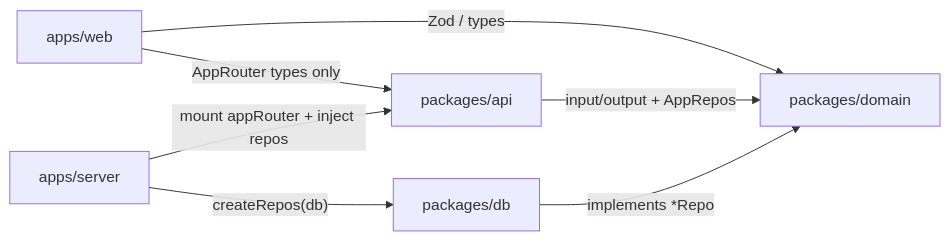
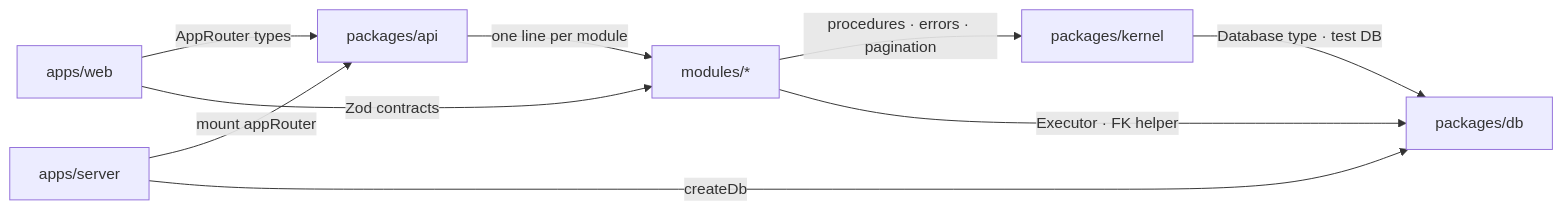
One commit to chengzi-io/ts-fullstack-template changed the diagram in AGENTS.md. Above: the diagram before and after it, drawn with Mermaid. The commit also changed other lines of this file and 63 other files, not shown here.

First line of the commit message:
refactor: move each capability into modules/<domain>

````diff
--- a/AGENTS.md
+++ b/AGENTS.md
@@ -26,15 +35,18 @@
 ```mermaid
 flowchart LR
   web["apps/web"]
   server["apps/server"]
   api["packages/api"]
-  domain["packages/domain"]
+  modules["modules/*"]
+  kernel["packages/kernel"]
   db["packages/db"]
 
-  web -->|"Zod / types"| domain
-  web -->|"AppRouter types only"| api
-  api -->|"input/output + AppRepos"| domain
-  db -->|"implements *Repo"| domain
-  server -->|"createRepos(db)"| db
-  server -->|"mount appRouter + inject repos"| api
+  web -->|"AppRouter types"| api
+  web -->|"Zod contracts"| modules
+  server -->|"mount appRouter"| api
+  server -->|"createDb"| db
+  api -->|"one line per module"| modules
+  modules -->|"procedures · errors · pagination"| kernel
+  modules -->|"Executor · FK helper"| db
+  kernel -->|"Database type · test DB"| db
 ```
````
